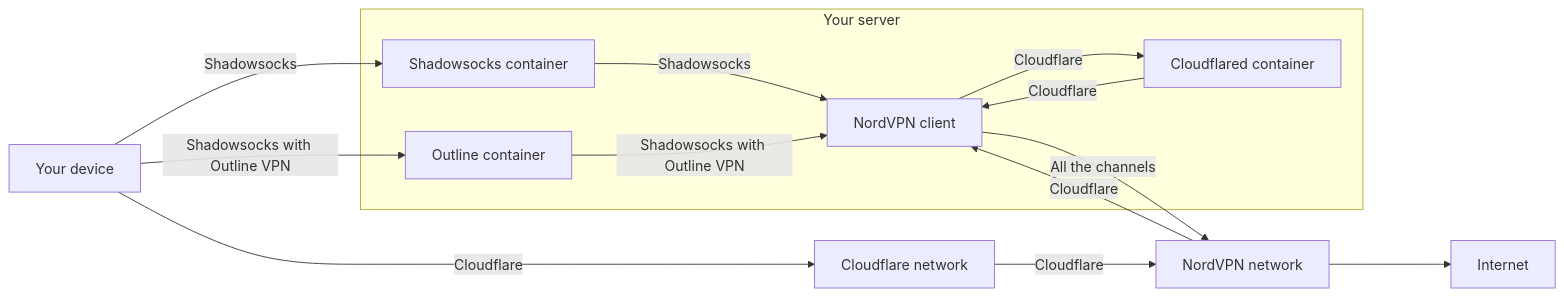
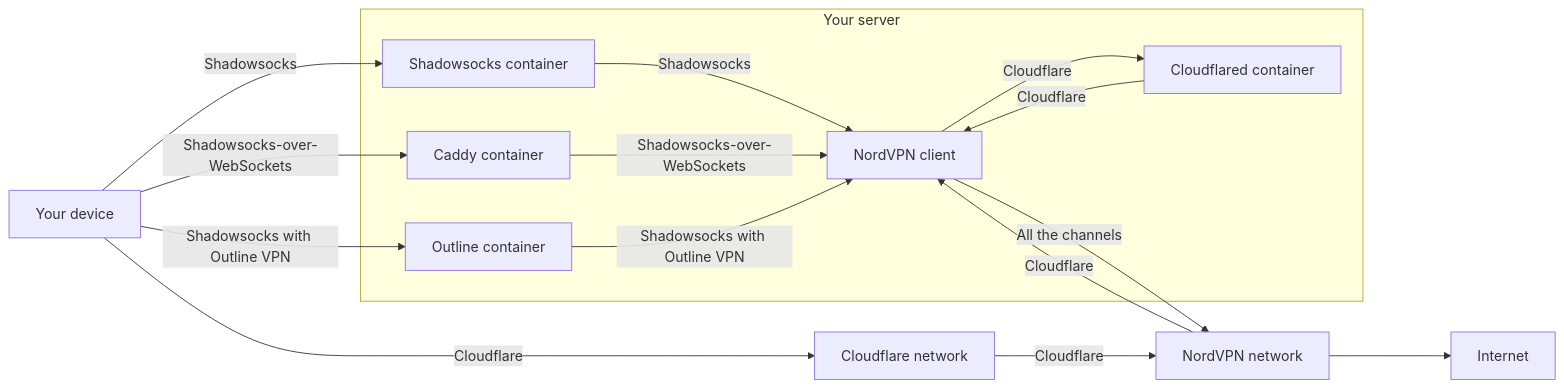
Before and after one commit to give-me/vpn: the diagram in README.md, drawn with Mermaid. The commit also changed other lines of this file and 2 other files, not shown here.

Commit message:
Add Shadowsocks-over-WebSockets as a channel

````diff
--- a/README.md
+++ b/README.md
@@ -72,20 +73,22 @@
 ```mermaid
 flowchart LR
     Y --Shadowsocks-->                   SS --Shadowsocks-->                                      VC
+    Y --Shadowsocks-over-WebSockets-->   WS --Shadowsocks-over-WebSockets-->                      VC
     Y --Shadowsocks with Outline VPN-->  SO --Shadowsocks with Outline VPN-->                     VC
     Y --Cloudflare--> CN --Cloudflare--> VN --Cloudflare--> VC --Cloudflare--> CC --Cloudflare--> VC
 
     VC --All the channels--> VN ---> I
     
     Y[Your device]
     VN[NordVPN network]
     CN[Cloudflare network]
     I[Internet]
 
     subgraph Your server
         SS[Shadowsocks container]
+        WS[Caddy container]
         SO[Outline container]
         CC[Cloudflared container]
         VC[NordVPN client]
     end
 ```
````
